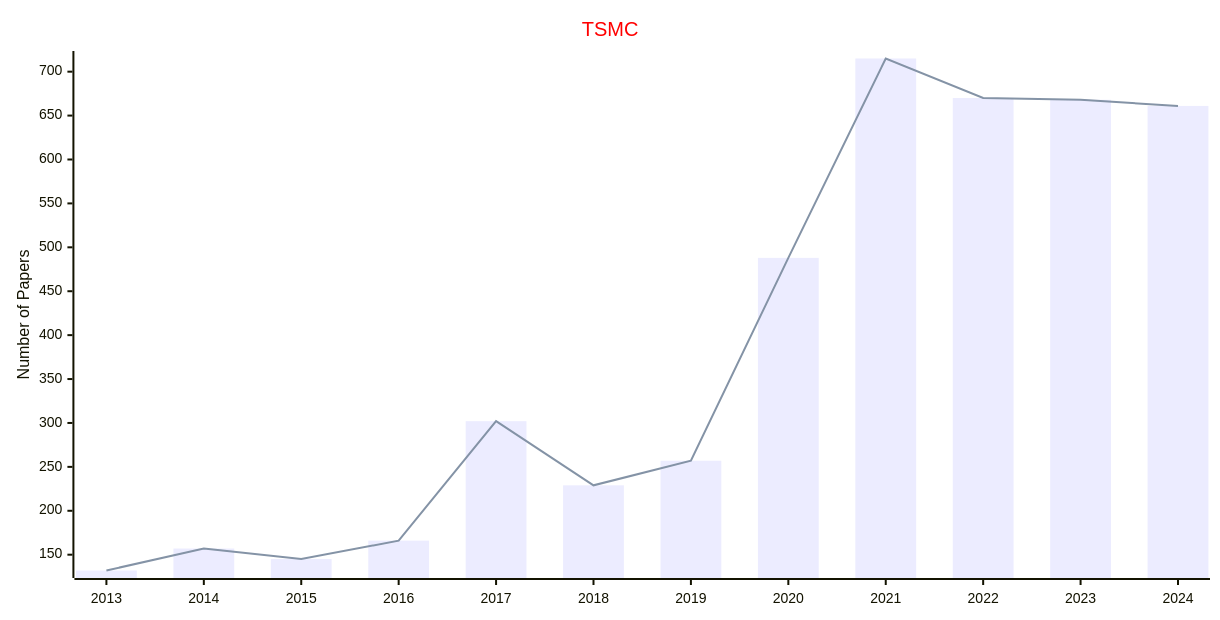
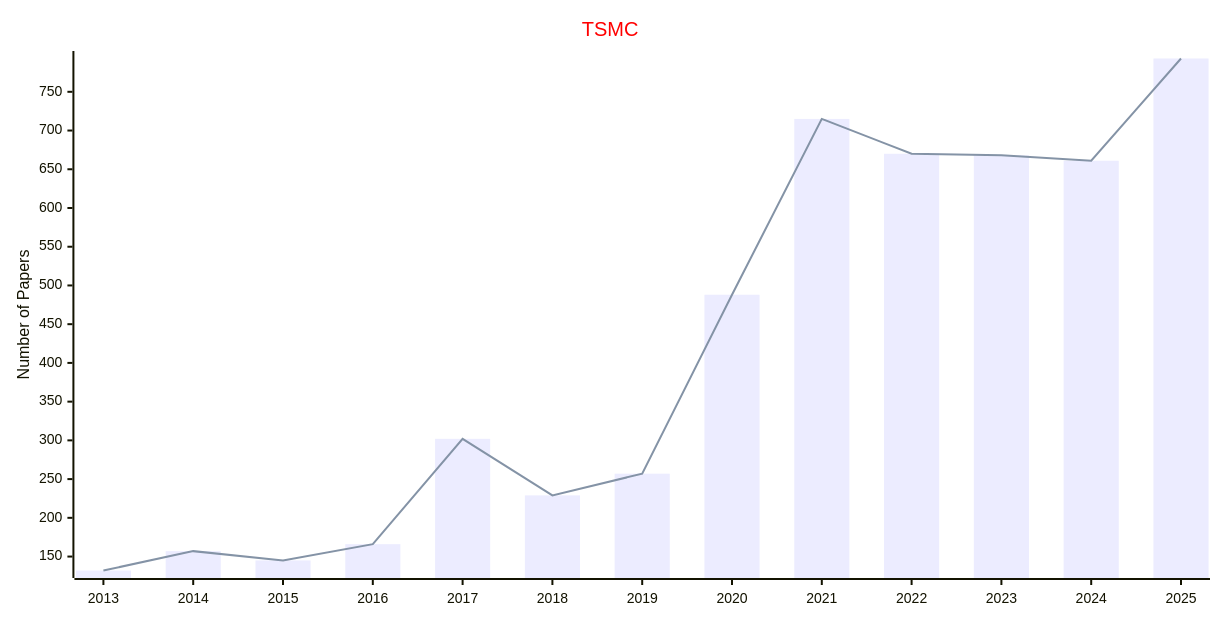
Before and after one commit to Easy-PhD/AILinks: the second of 8 diagrams in docs/data/Journals/Statistics_Journals/Cybernetics.md, drawn with Mermaid. The commit also changed other lines of this file and 107 other files, not shown here.

````diff
--- a/docs/data/Journals/Statistics_Journals/Cybernetics.md
+++ b/docs/data/Journals/Statistics_Journals/Cybernetics.md
@@ -33,17 +33,17 @@
 ```mermaid
 ---
 config:
     xyChart:
         width: 1200
         height: 600
     themeVariables:
         xyChart:
             titleColor: "#ff0000"
 ---
 xychart-beta
     title "TSMC"
-    x-axis [2013, 2014, 2015, 2016, 2017, 2018, 2019, 2020, 2021, 2022, 2023, 2024]
+    x-axis [2013, 2014, 2015, 2016, 2017, 2018, 2019, 2020, 2021, 2022, 2023, 2024, 2025]
     y-axis "Number of Papers"
-    bar [132, 157, 145, 166, 302, 229, 257, 488, 715, 670, 668, 661]
-    line [132, 157, 145, 166, 302, 229, 257, 488, 715, 670, 668, 661]
+    bar [132, 157, 145, 166, 302, 229, 257, 488, 715, 670, 668, 661, 793]
+    line [132, 157, 145, 166, 302, 229, 257, 488, 715, 670, 668, 661, 793]
 ```
````
